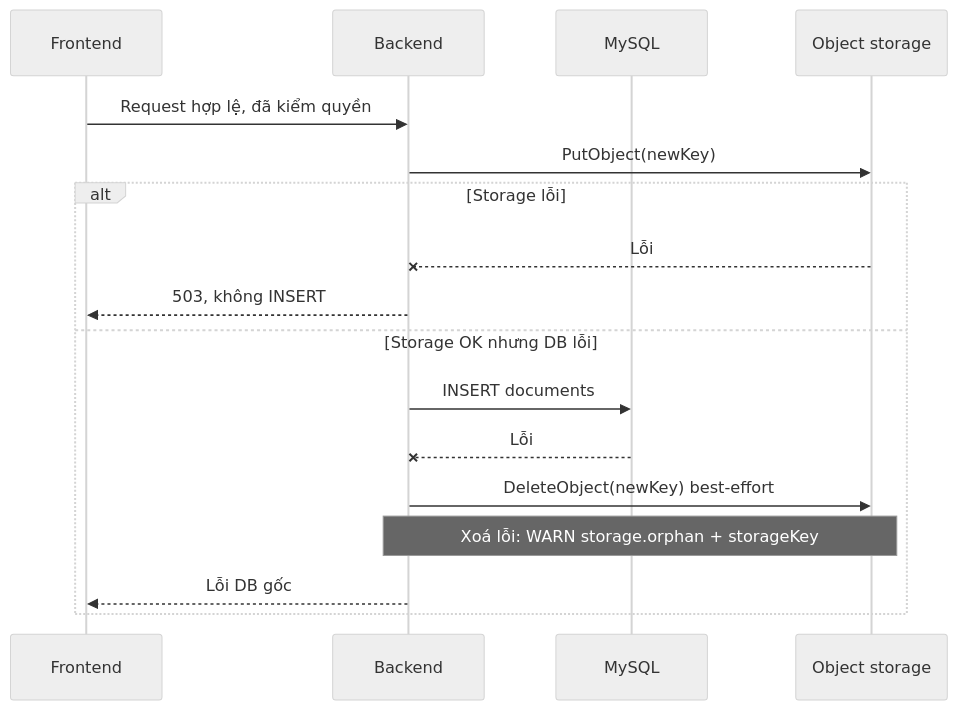
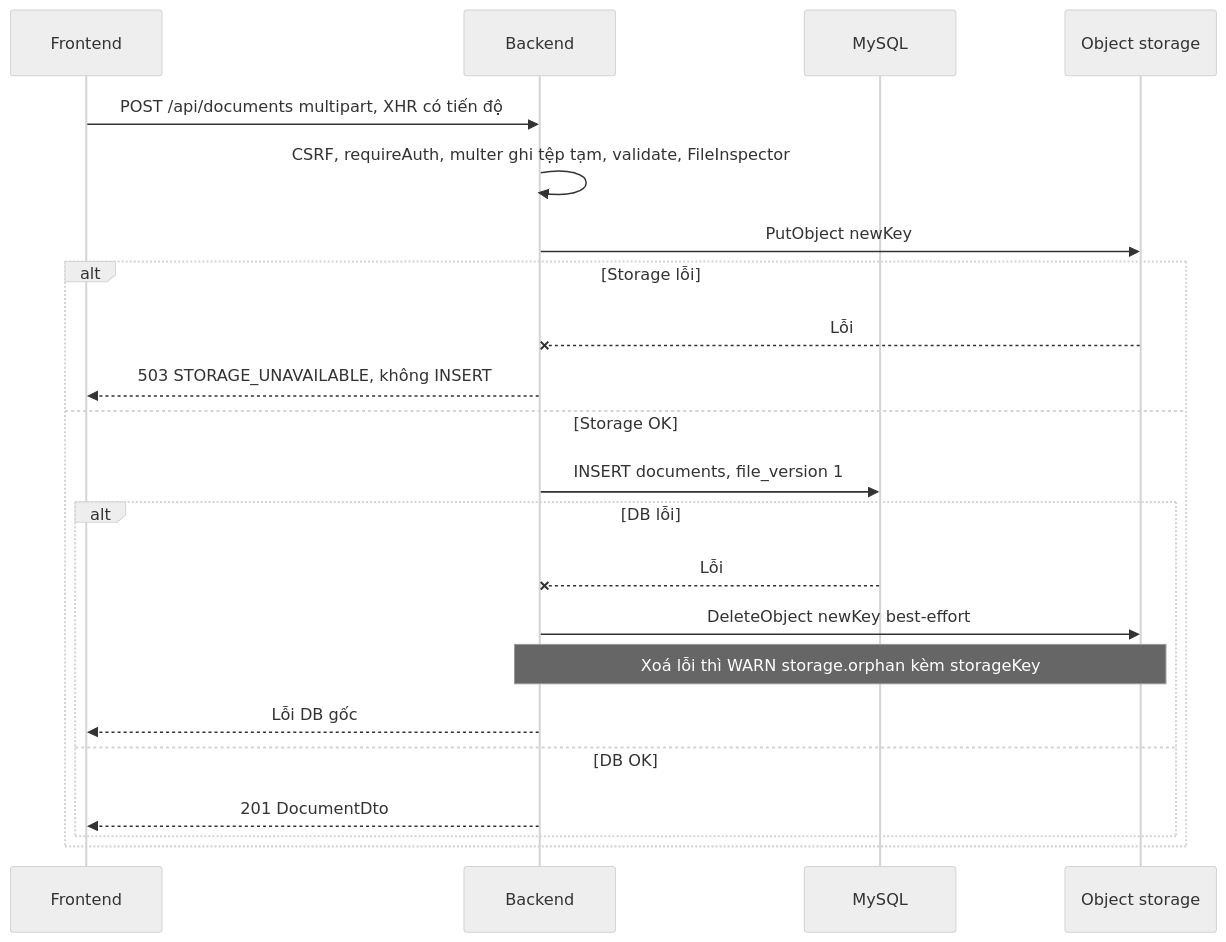
The tenth of 15 diagrams in docs/ARCHITECTURE.md (august0362/btl_cloud), drawn with Mermaid (neutral theme) before and after one commit. The commit also changed other lines of this file and 9 other files, not shown here.

````diff
--- a/docs/ARCHITECTURE.md
+++ b/docs/ARCHITECTURE.md
@@ -2021,19 +882,24 @@
 ```mermaid
 sequenceDiagram
   participant FE as Frontend
   participant BE as Backend
   participant DB as MySQL
   participant OS as Object storage
-  FE->>BE: Request hợp lệ, đã kiểm quyền
-  BE->>OS: PutObject(newKey)
+  FE->>BE: POST /api/documents multipart, XHR có tiến độ
+  BE->>BE: CSRF, requireAuth, multer ghi tệp tạm, validate, FileInspector
+  BE->>OS: PutObject newKey
   alt Storage lỗi
     OS--xBE: Lỗi
-    BE-->>FE: 503, không INSERT
-  else Storage OK nhưng DB lỗi
-    BE->>DB: INSERT documents
-    DB--xBE: Lỗi
-    BE->>OS: DeleteObject(newKey) best-effort
-    Note over BE,OS: Xoá lỗi: WARN storage.orphan + storageKey
-    BE-->>FE: Lỗi DB gốc
+    BE-->>FE: 503 STORAGE_UNAVAILABLE, không INSERT
+  else Storage OK
+    BE->>DB: INSERT documents, file_version 1
+    alt DB lỗi
+      DB--xBE: Lỗi
+      BE->>OS: DeleteObject newKey best-effort
+      Note over BE,OS: Xoá lỗi thì WARN storage.orphan kèm storageKey
+      BE-->>FE: Lỗi DB gốc
+    else DB OK
+      BE-->>FE: 201 DocumentDto
+    end
   end
 ```
````
